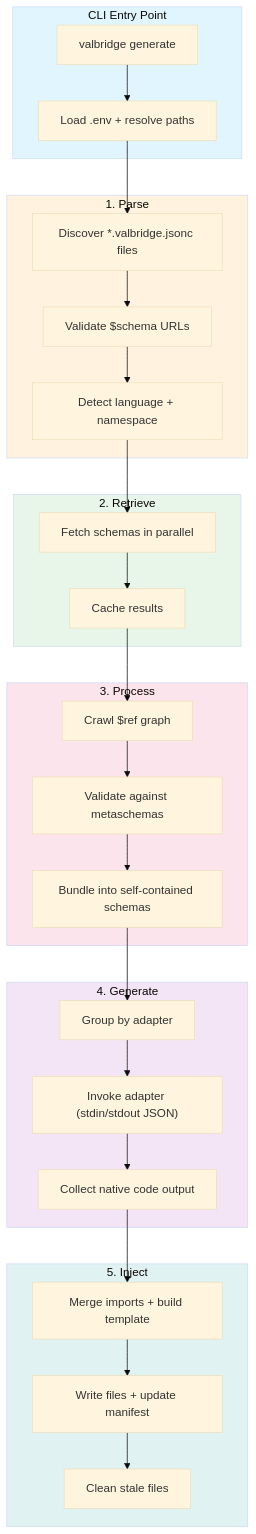
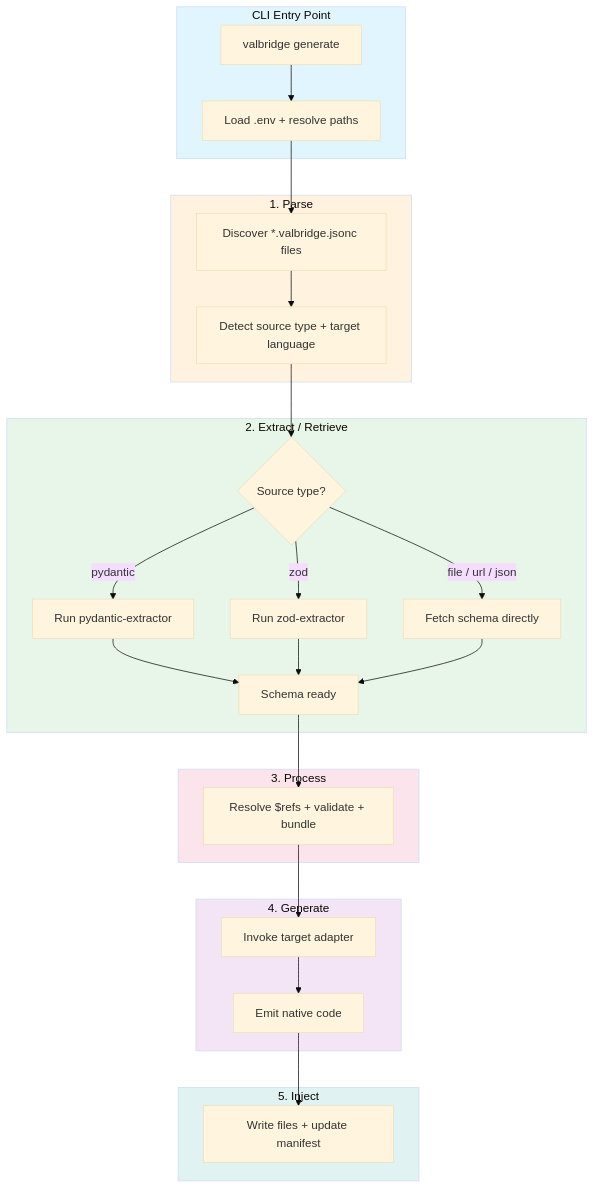
Before and after one commit to vectorfy-co/valbridge: the second of 2 diagrams in README.md, drawn with Mermaid (base theme). The commit also changed other lines of this file and 2 other files, not shown here.

First line of the commit message:
docs: fix README to reflect bidirectional Zod/Pydantic conversion

````diff
--- a/README.md
+++ b/README.md
@@ -437,42 +567,41 @@
 ```mermaid
 flowchart TD
     subgraph Entry["CLI Entry Point"]
-        A[valbridge generate] --> B[Load .env + resolve paths]
+        A["valbridge generate"] --> B["Load .env + resolve paths"]
     end
 
     subgraph Parse["1. Parse"]
-        B --> C[Discover *.valbridge.jsonc files]
-        C --> D[Validate $schema URLs]
-        D --> E[Detect language + namespace]
+        B --> C["Discover *.valbridge.jsonc files"]
+        C --> D["Detect source type + target language"]
     end
 
-    subgraph Retrieve["2. Retrieve"]
-        E --> F[Fetch schemas in parallel]
-        F --> G[Cache results]
+    subgraph Extract["2. Extract / Retrieve"]
+        D --> E{"Source type?"}
+        E -->|"pydantic"| E1["Run pydantic-extractor"]
+        E -->|"zod"| E2["Run zod-extractor"]
+        E -->|"file / url / json"| E3["Fetch schema directly"]
+        E1 --> F["Schema ready"]
+        E2 --> F
+        E3 --> F
     end
 
     subgraph Process["3. Process"]
-        G --> H[Crawl $ref graph]
-        H --> I[Validate against metaschemas]
-        I --> J[Bundle into self-contained schemas]
+        F --> G["Resolve $refs + validate + bundle"]
     end
 
     subgraph Generate["4. Generate"]
-        J --> K[Group by adapter]
-        K --> L["Invoke adapter (stdin/stdout JSON)"]
-        L --> M[Collect native code output]
+        G --> H["Invoke target adapter"]
+        H --> I["Emit native code"]
     end
 
     subgraph Inject["5. Inject"]
-        M --> N[Merge imports + build template]
-        N --> O[Write files + update manifest]
-        O --> P[Clean stale files]
+        I --> J["Write files + update manifest"]
     end
 
     style Entry fill:#e1f5fe
     style Parse fill:#fff3e0
-    style Retrieve fill:#e8f5e9
+    style Extract fill:#e8f5e9
     style Process fill:#fce4ec
     style Generate fill:#f3e5f5
     style Inject fill:#e0f2f1
 ```
````
